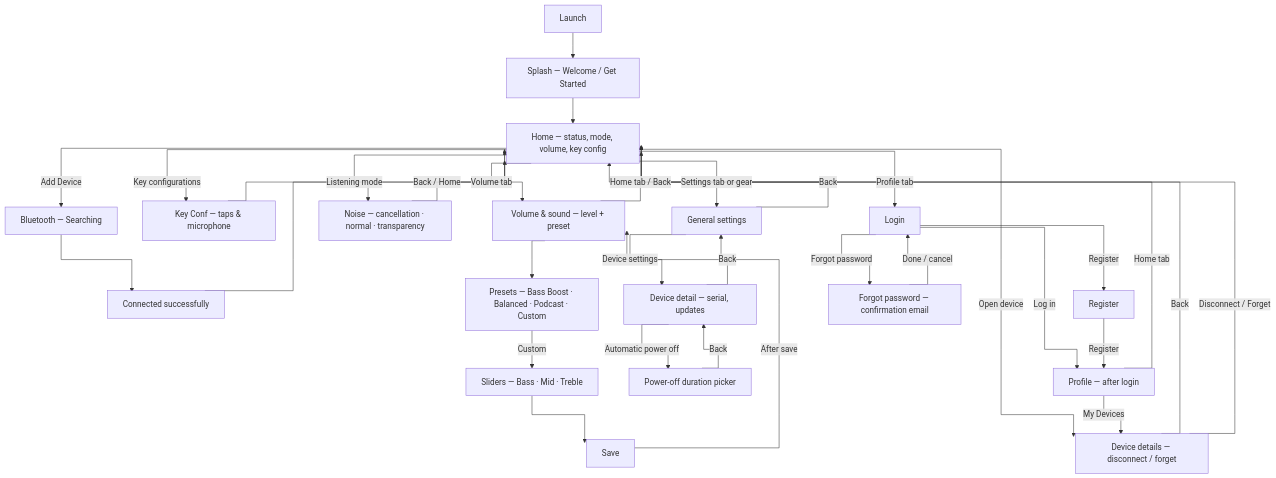
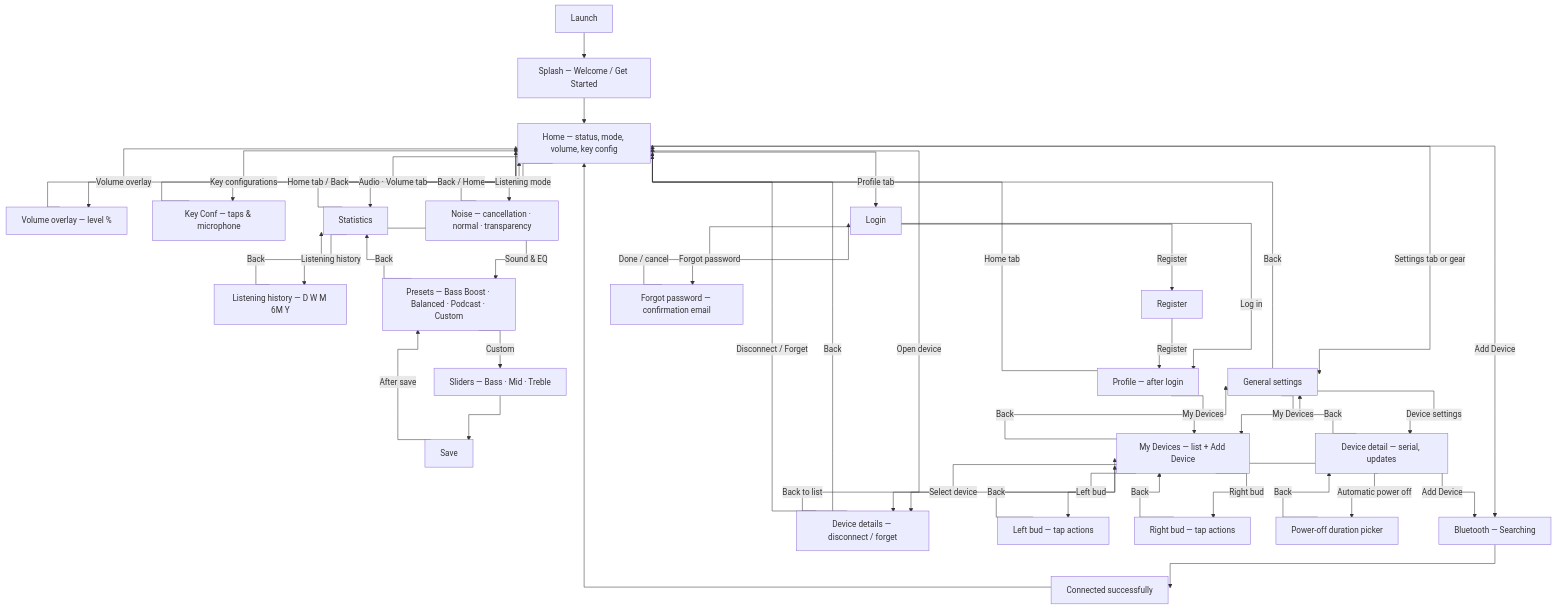
One commit to yasinsez/ID-Ceng-Project changed the diagram in docs/page-flows.md. Above: the diagram before and after it, drawn with Mermaid. The commit also changed other lines of this file and 5 other files, not shown here.

````diff
--- a/docs/page-flows.md
+++ b/docs/page-flows.md
@@ -20,43 +20,58 @@
 ```mermaid
 %%{init: {"flowchart": {"curve": "stepAfter"}}}%%
 flowchart TD
     A[Launch] --> SPL[Splash — Welcome / Get Started]
     SPL --> HOME[Home — status, mode, volume, key config]
 
     HOME -->|Add Device| BT[Bluetooth — Searching]
     BT --> OK[Connected successfully]
     OK --> HOME
 
+    HOME -->|Volume overlay| VOV[Volume overlay — level %]
+    VOV --> HOME
+
     HOME -->|Key configurations| KC[Key Conf — taps & microphone]
     KC --> HOME
 
-    HOME -->|Volume tab| VOL[Volume & sound — level + preset]
-    VOL --> SP[Presets — Bass Boost · Balanced · Podcast · Custom]
+    HOME -->|Audio · Volume tab| STAT[Statistics]
+    STAT -->|Listening history| LH[Listening history — D W M 6M Y]
+    LH -->|Back| STAT
+    STAT -->|Sound & EQ| SP[Presets — Bass Boost · Balanced · Podcast · Custom]
     SP -->|Custom| SL[Sliders — Bass · Mid · Treble]
     SL --> SV[Save]
-    SV -->|After save| VOL
-    VOL -->|Home tab / Back| HOME
+    SV -->|After save| SP
+    SP -->|Back| STAT
+    STAT -->|Home tab / Back| HOME
 
     HOME -->|Listening mode| NZ[Noise — cancellation · normal · transparency]
     NZ -->|Back / Home| HOME
 
     HOME -->|Settings tab or gear| F[General settings]
+    F -->|My Devices| MD[My Devices — list + Add Device]
+    MD -->|Add Device| BT
+    MD -->|Select device| DD[Device details — disconnect / forget]
+    MD -->|Left bud| LB[Left bud — tap actions]
+    MD -->|Right bud| RB[Right bud — tap actions]
+    LB -->|Back| MD
+    RB -->|Back| MD
+    MD -->|Back| F
     F -->|Device settings| G[Device detail — serial, updates]
     G -->|Automatic power off| H[Power-off duration picker]
     H -->|Back| G
     G -->|Back| F
     F -->|Back| HOME
 
     HOME -->|Profile tab| P[Login]
     P -->|Register| R[Register]
     P -->|Forgot password| FP[Forgot password — confirmation email]
     P -->|Log in| PL[Profile — after login]
     R -->|Register| PL
     FP -->|Done / cancel| P
     PL -->|Home tab| HOME
 
-    HOME -->|Open device| DD[Device details — disconnect / forget]
-    PL -->|My Devices| DD
+    PL -->|My Devices| MD
+    HOME -->|Open device| DD
     DD -->|Back| HOME
+    DD -->|Back to list| MD
     DD -->|Disconnect / Forget| HOME
 ```
````
